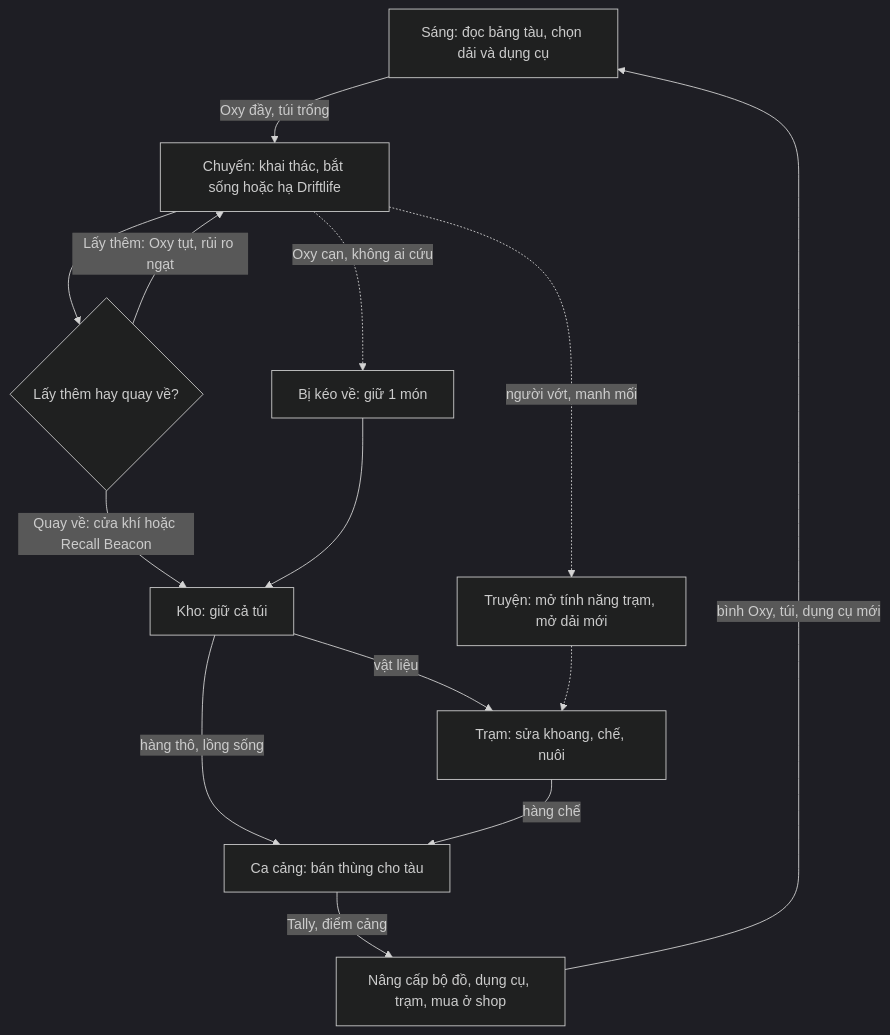
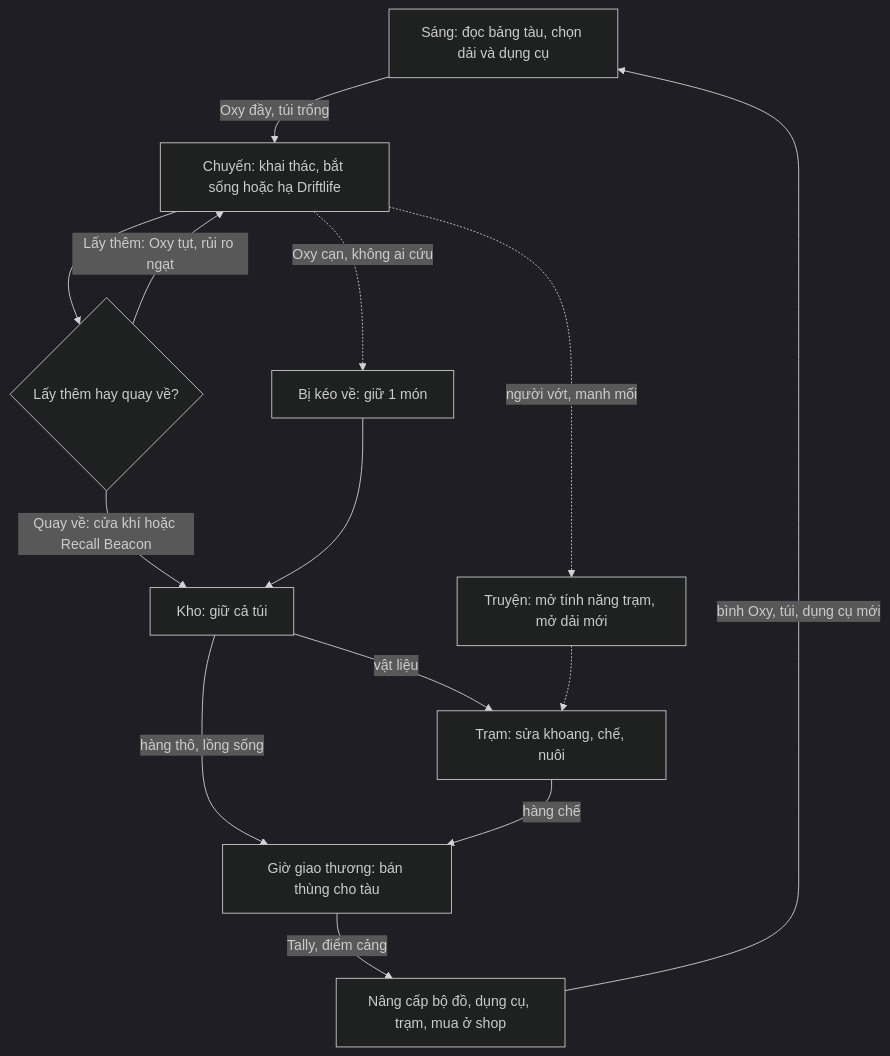
One commit to huycv18/DATN-SP27 changed the first of 4 diagrams in projects/game-moi/book/phan-2/01-mot-ngay.md. Above: the diagram before and after it, drawn with Mermaid (dark theme). The commit also changed other lines of this file and 81 other files, not shown here.

Commit message:
Đổi tên ca cảng thành Giờ Giao Thương (Trade Hour): GDD, Book, TSV 25 tab, strings, sim, tool, prompt agent. Đếm là lượt giao thương, nút Mở bán, Nghỉ bán, màn Tổng kết giao thương. Luật và số giữ nguyên, sim kinh tế chạy lại không đổi số

````diff
--- a/projects/game-moi/book/phan-2/01-mot-ngay.md
+++ b/projects/game-moi/book/phan-2/01-mot-ngay.md
@@ -19,16 +19,16 @@
 ```mermaid
 flowchart TD
   A["Sáng: đọc bảng tàu, chọn dải và dụng cụ"] -->|"Oxy đầy, túi trống"| B["Chuyến: khai thác, bắt sống hoặc hạ Driftlife"]
   B --> C{"Lấy thêm hay quay về?"}
   C -->|"Lấy thêm: Oxy tụt, rủi ro ngạt"| B
   C -->|"Quay về: cửa khí hoặc Recall Beacon"| D["Kho: giữ cả túi"]
   B -.->|"Oxy cạn, không ai cứu"| E["Bị kéo về: giữ 1 món"]
   E --> D
   D -->|"vật liệu"| F["Trạm: sửa khoang, chế, nuôi"]
-  D -->|"hàng thô, lồng sống"| G["Ca cảng: bán thùng cho tàu"]
+  D -->|"hàng thô, lồng sống"| G["Giờ giao thương: bán thùng cho tàu"]
   F -->|"hàng chế"| G
   G -->|"Tally, điểm cảng"| H["Nâng cấp bộ đồ, dụng cụ, trạm, mua ở shop"]
   H -->|"bình Oxy, túi, dụng cụ mới"| A
   B -.->|"người vớt, manh mối"| I["Truyện: mở tính năng trạm, mở dải mới"]
   I -.-> F
 ```
````
